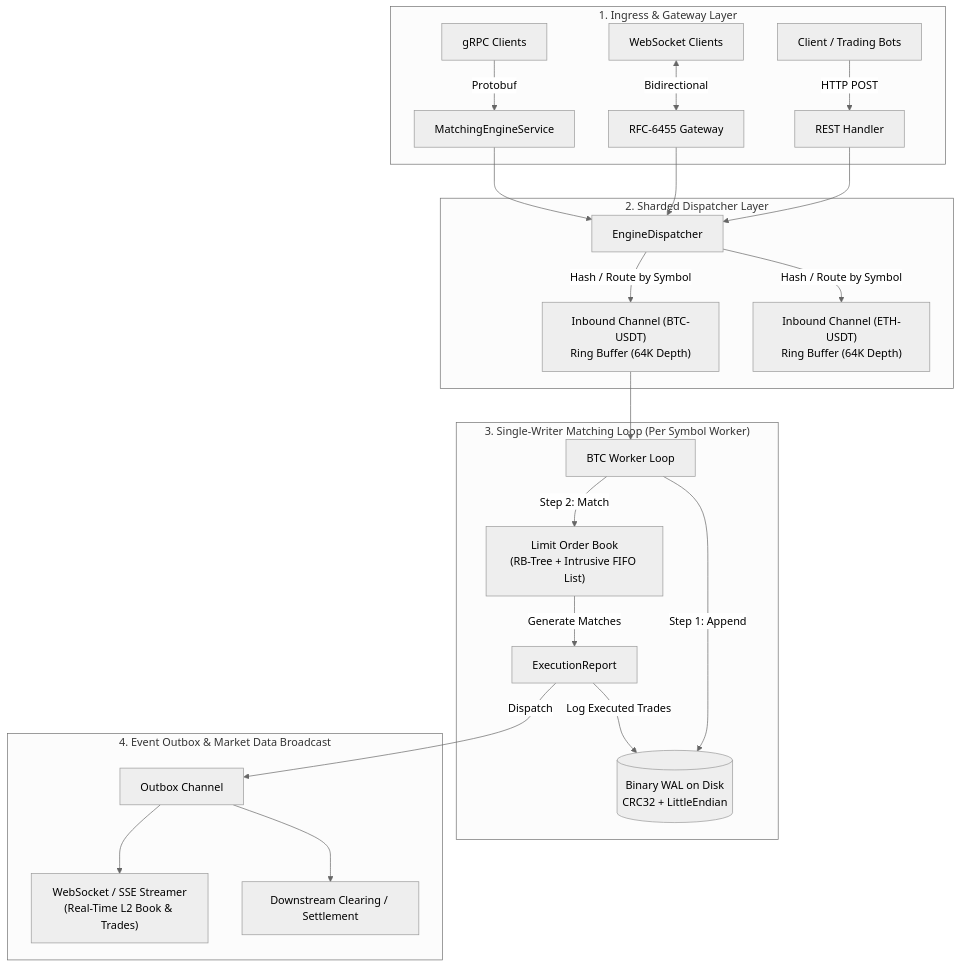
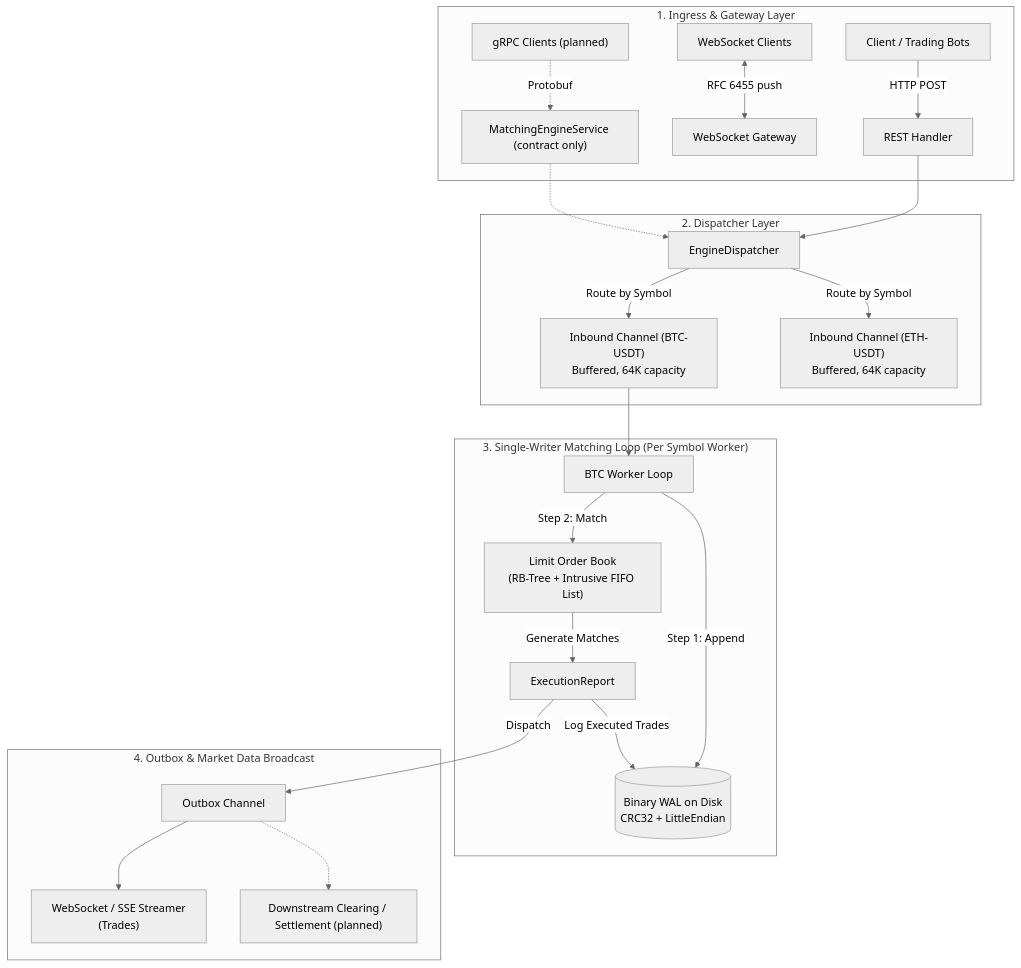
The diagram in README.md (ggonzalez36/Financial-matching-engine), drawn with Mermaid (neutral theme) before and after one commit. The commit also changed other lines of this file, not shown here.

````diff
--- a/README.md
+++ b/README.md
@@ -40,28 +43,29 @@
 ```mermaid
 flowchart TD
     subgraph Ingress ["1. Ingress & Gateway Layer"]
         A1[Client / Trading Bots] -->|HTTP POST| G1[REST Handler]
-        A2[WebSocket Clients] <-->|Bidirectional| G2[RFC-6455 Gateway]
-        A3[gRPC Clients] -->|Protobuf| G3[MatchingEngineService]
+        A2[WebSocket Clients] <-->|RFC 6455 push| G2[WebSocket Gateway]
+        A3["gRPC Clients (planned)"] -.->|Protobuf| G3["MatchingEngineService (contract only)"]
     end
 
-    subgraph Dispatcher ["2. Sharded Dispatcher Layer"]
-        G1 & G2 & G3 --> D[EngineDispatcher]
-        D -->|Hash / Route by Symbol| Q1["Inbound Channel (BTC-USDT)<br/>Ring Buffer (64K Depth)"]
-        D -->|Hash / Route by Symbol| Q2["Inbound Channel (ETH-USDT)<br/>Ring Buffer (64K Depth)"]
+    subgraph Dispatcher ["2. Dispatcher Layer"]
+        G1 --> D[EngineDispatcher]
+        G3 -.-> D
+        D -->|Route by Symbol| Q1["Inbound Channel (BTC-USDT)<br/>Buffered, 64K capacity"]
+        D -->|Route by Symbol| Q2["Inbound Channel (ETH-USDT)<br/>Buffered, 64K capacity"]
     end
 
     subgraph CoreEngine ["3. Single-Writer Matching Loop (Per Symbol Worker)"]
         Q1 --> W1[BTC Worker Loop]
         W1 -->|Step 1: Append| WAL[(Binary WAL on Disk<br/>CRC32 + LittleEndian)]
         W1 -->|Step 2: Match| LOB["Limit Order Book<br/>(RB-Tree + Intrusive FIFO List)"]
         LOB -->|Generate Matches| ER[ExecutionReport]
     end
 
-    subgraph Egress ["4. Event Outbox & Market Data Broadcast"]
+    subgraph Egress ["4. Outbox & Market Data Broadcast"]
         ER -->|Log Executed Trades| WAL
         ER -->|Dispatch| OUT[Outbox Channel]
-        OUT --> WS_BROADCAST["WebSocket / SSE Streamer<br/>(Real-Time L2 Book & Trades)"]
-        OUT --> AUDIT["Downstream Clearing / Settlement"]
+        OUT --> WS_BROADCAST["WebSocket / SSE Streamer<br/>(Trades)"]
+        OUT -.-> AUDIT["Downstream Clearing / Settlement (planned)"]
     end
 ```
````
